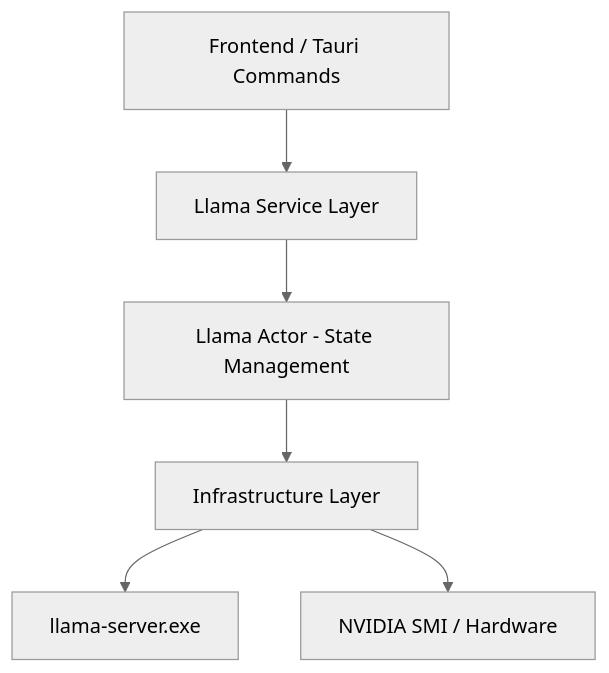
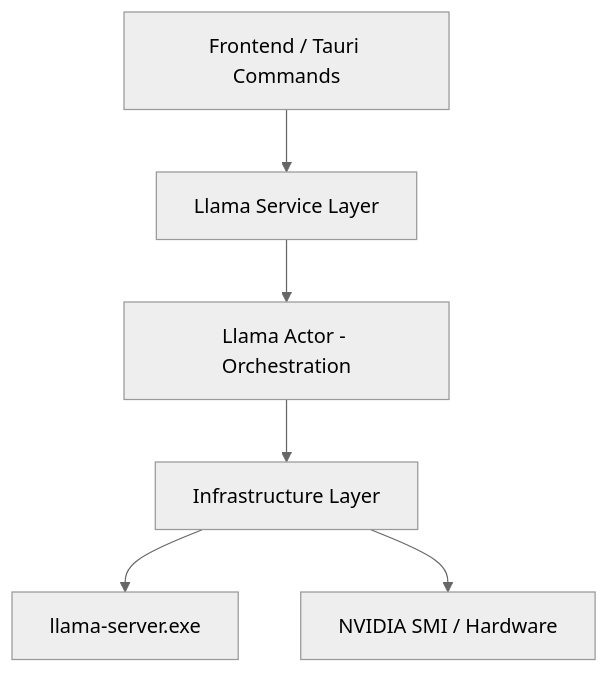
The diagram in docs/backend-architecture.md (GDKAYKY/llama.cpp-desktop), drawn with Mermaid (neutral theme) before and after one commit. The commit also changed other lines of this file and 11 other files, not shown here.

````diff
--- a/docs/backend-architecture.md
+++ b/docs/backend-architecture.md
@@ -9,8 +9,8 @@
 ```mermaid
 graph TD
     UI[Frontend / Tauri Commands] --> Service[Llama Service Layer]
-    Service --> Actor[Llama Actor - State Management]
+    Service --> Actor[Llama Actor - Orchestration]
     Actor --> Infra[Infrastructure Layer]
     Infra --> LlamaProc[llama-server.exe]
     Infra --> GPU[NVIDIA SMI / Hardware]
 ```
````
